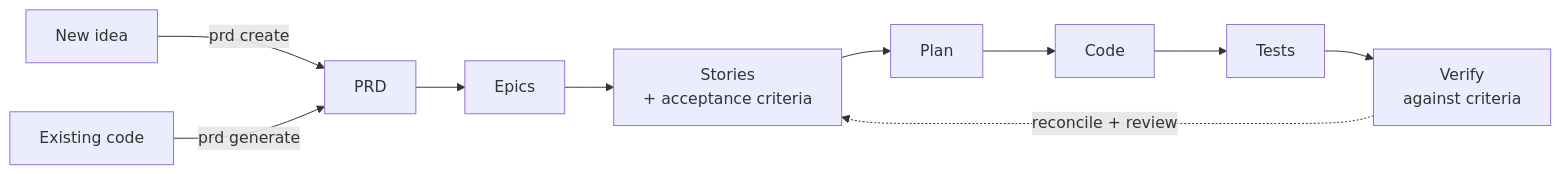
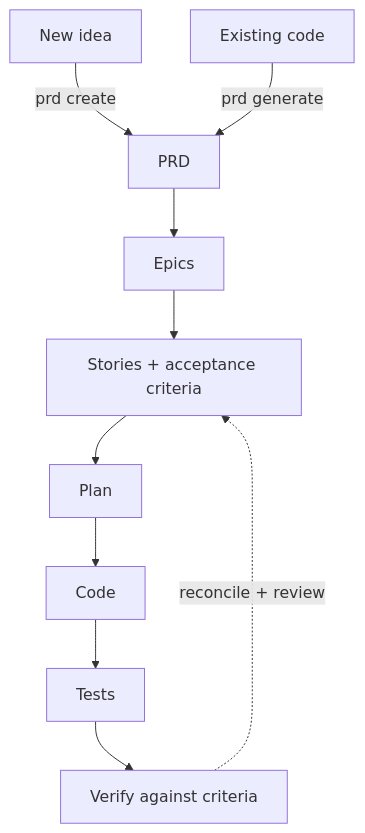
The diagram in README.md (DarrenBenson/sdlc-studio), drawn with Mermaid before and after one commit. The commit also changed other lines of this file and 5 other files, not shown here.

````diff
--- a/README.md
+++ b/README.md
@@ -82,8 +82,8 @@
 ```mermaid
-flowchart LR
+flowchart TB
   A[New idea] -->|prd create| P[PRD]
   B[Existing code] -->|prd generate| P
-  P --> E[Epics] --> S[Stories<br/>+ acceptance criteria]
-  S --> PL[Plan] --> C[Code] --> T[Tests] --> V[Verify<br/>against criteria]
-  V -.->|reconcile + review| S
+  P --> E[Epics] --> S[Stories + acceptance criteria]
+  S --> PL[Plan] --> C[Code] --> T[Tests] --> V[Verify against criteria]
+  V -. reconcile + review .-> S
 ```
````
